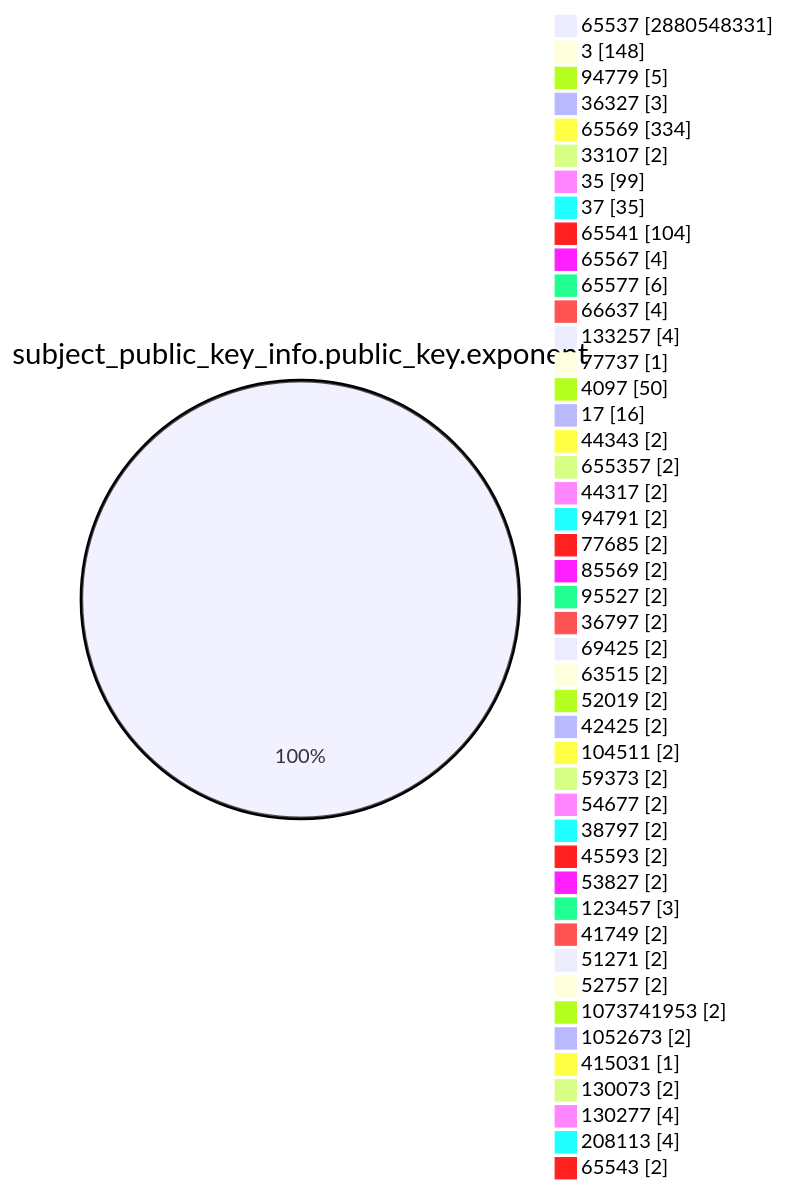
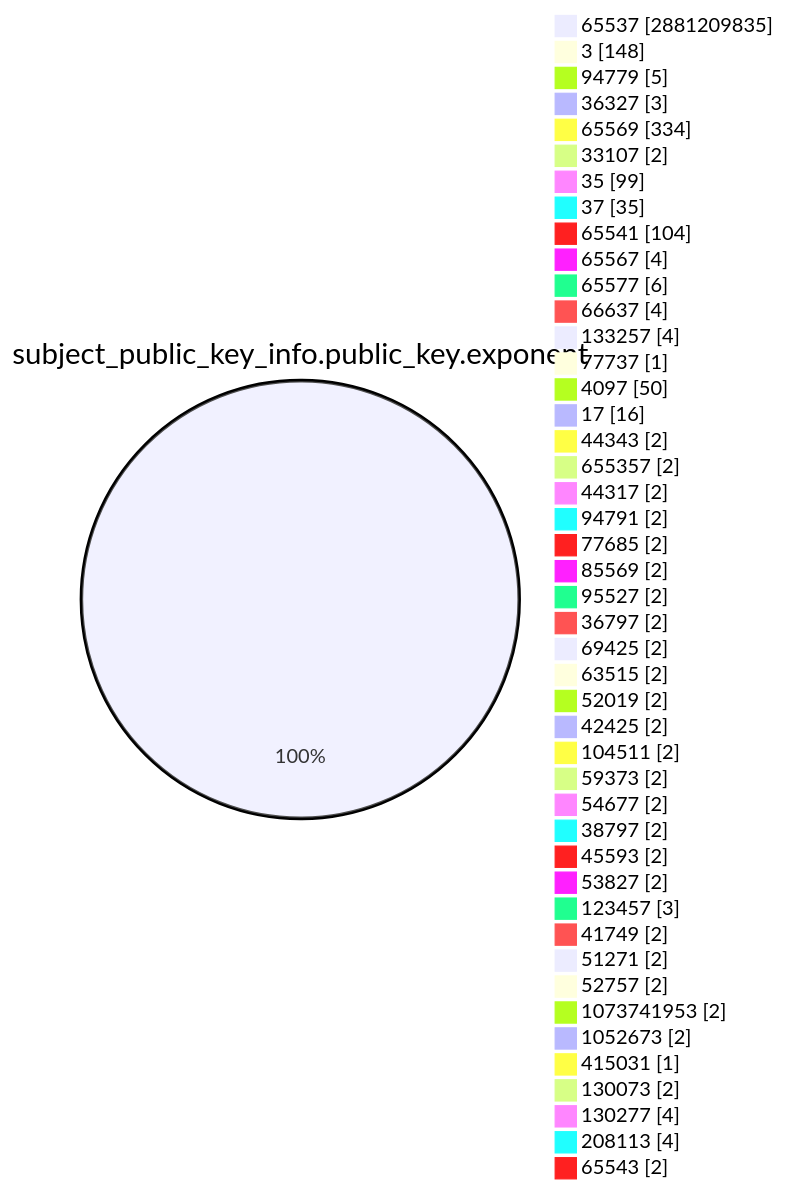
One commit to christiankrug/ctmonitor_visualization changed the fourth of 15 diagrams in TOTAL/README.md. Above: the diagram before and after it, drawn with Mermaid. The commit also changed other lines of this file, not shown here.

````diff
--- a/TOTAL/README.md
+++ b/TOTAL/README.md
@@ -1468,49 +1468,49 @@
 ```mermaid
 pie showData
 title subject_public_key_info.public_key.exponent
-"65537" :2880548331
+"65537" :2881209835
 "3" :148
 "94779" :5
 "36327" :3
 "65569" :334
 "33107" :2
 "35" :99
 "37" :35
 "65541" :104
 "65567" :4
 "65577" :6
 "66637" :4
 "133257" :4
 "77737" :1
 "4097" :50
 "17" :16
 "44343" :2
 "655357" :2
 "44317" :2
 "94791" :2
 "77685" :2
 "85569" :2
 "95527" :2
 "36797" :2
 "69425" :2
 "63515" :2
 "52019" :2
 "42425" :2
 "104511" :2
 "59373" :2
 "54677" :2
 "38797" :2
 "45593" :2
 "53827" :2
 "123457" :3
 "41749" :2
 "51271" :2
 "52757" :2
 "1073741953" :2
 "1052673" :2
 "415031" :1
 "130073" :2
 "130277" :4
 "208113" :4
 "65543" :2
 ```
````
